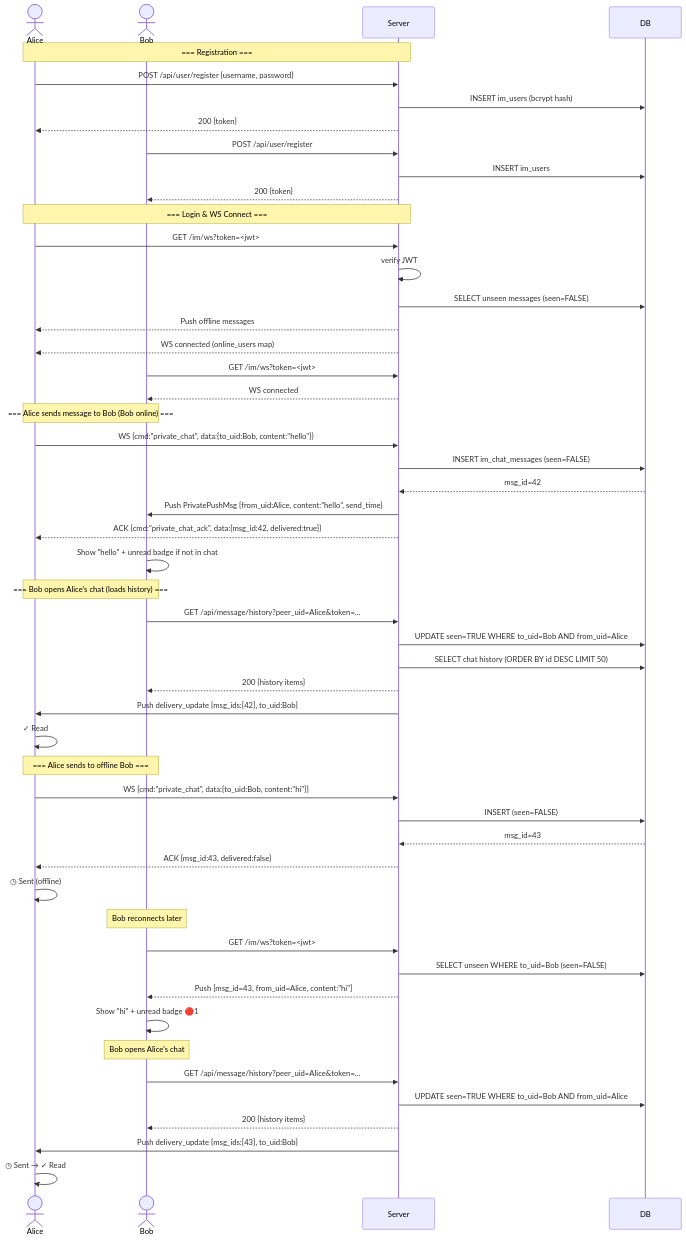
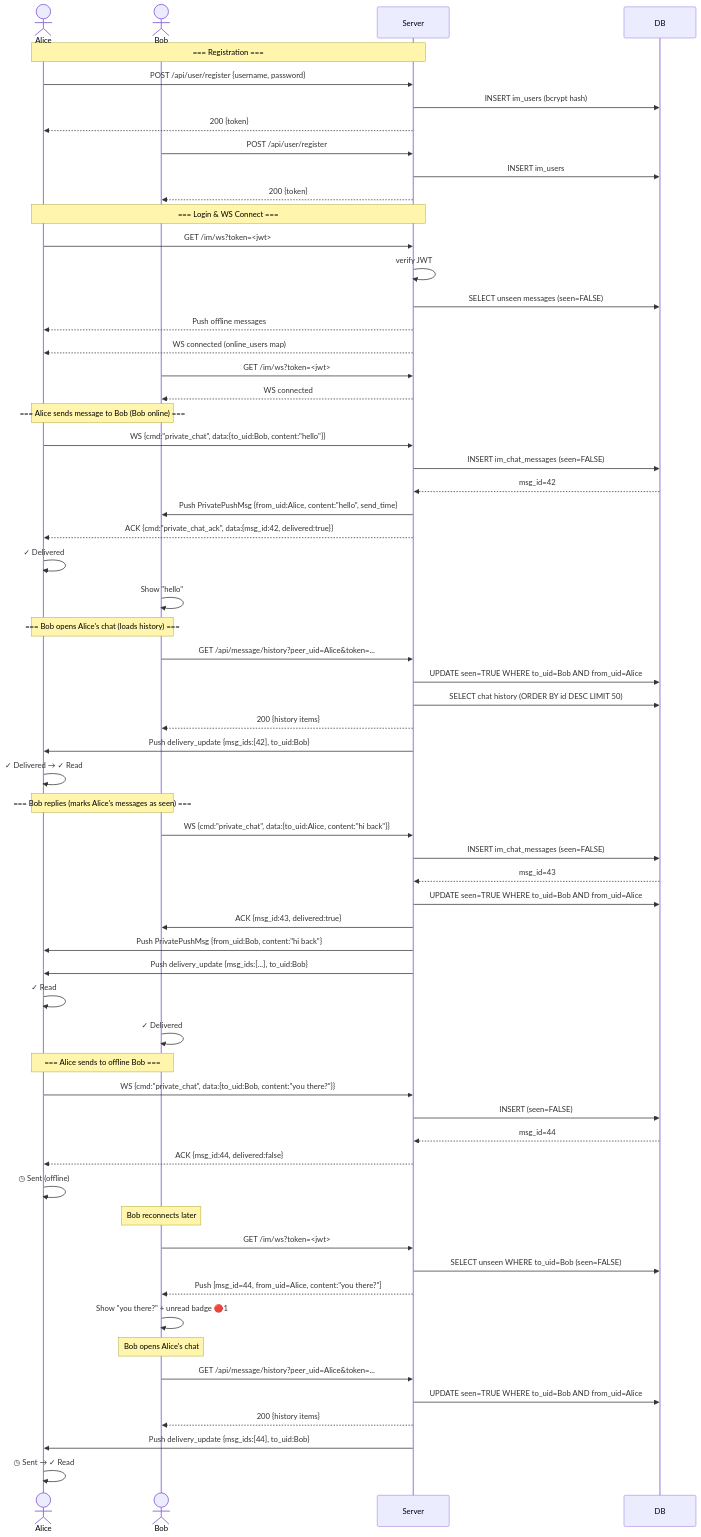
Before and after one commit to csmyx/myx-im: the third of 10 diagrams in doc/schema.md, drawn with Mermaid. The commit also changed other lines of this file, not shown here.

Commit message:
docs: update v2 flow diagram with reply-based seen-marking
- Add 'Bob replies' section showing that replying marks Alice's
  messages as seen and pushes delivery_update
- Update v2 description note to list both seen-marking paths
  (history fetch + reply)
- Show ✓ Delivered / ✓ Read status transitions on Alice's side

````diff
--- a/doc/schema.md
+++ b/doc/schema.md
@@ -140,62 +142,74 @@
 ```mermaid
 sequenceDiagram
     actor Alice
     actor Bob
     participant Server
     participant DB
 
     Note over Alice, Server: === Registration ===
     Alice->>Server: POST /api/user/register {username, password}
     Server->>DB: INSERT im_users (bcrypt hash)
     Server-->>Alice: 200 {token}
 
     Bob->>Server: POST /api/user/register
     Server->>DB: INSERT im_users
     Server-->>Bob: 200 {token}
 
     Note over Alice, Server: === Login & WS Connect ===
     Alice->>Server: GET /im/ws?token=<jwt>
     Server->>Server: verify JWT
     Server->>DB: SELECT unseen messages (seen=FALSE)
     Server-->>Alice: Push offline messages
     Server-->>Alice: WS connected (online_users map)
 
     Bob->>Server: GET /im/ws?token=<jwt>
     Server-->>Bob: WS connected
 
     Note over Alice, Bob: === Alice sends message to Bob (Bob online) ===
     Alice->>Server: WS {cmd:"private_chat", data:{to_uid:Bob, content:"hello"}}
     Server->>DB: INSERT im_chat_messages (seen=FALSE)
     DB-->>Server: msg_id=42
     Server->>Bob: Push PrivatePushMsg {from_uid:Alice, content:"hello", send_time}
     Server-->>Alice: ACK {cmd:"private_chat_ack", data:{msg_id:42, delivered:true}}
-    Bob->>Bob: Show "hello" + unread badge if not in chat
+    Alice->>Alice: ✓ Delivered
+    Bob->>Bob: Show "hello"
 
     Note over Alice, Bob: === Bob opens Alice's chat (loads history) ===
     Bob->>Server: GET /api/message/history?peer_uid=Alice&token=...
     Server->>DB: UPDATE seen=TRUE WHERE to_uid=Bob AND from_uid=Alice
     Server->>DB: SELECT chat history (ORDER BY id DESC LIMIT 50)
     Server-->>Bob: 200 {history items}
     Server->>Alice: Push delivery_update {msg_ids:[42], to_uid:Bob}
+    Alice->>Alice: ✓ Delivered → ✓ Read
+
+    Note over Alice, Bob: === Bob replies (marks Alice's messages as seen) ===
+    Bob->>Server: WS {cmd:"private_chat", data:{to_uid:Alice, content:"hi back"}}
+    Server->>DB: INSERT im_chat_messages (seen=FALSE)
+    DB-->>Server: msg_id=43
+    Server->>DB: UPDATE seen=TRUE WHERE to_uid=Bob AND from_uid=Alice
+    Server->>Bob: ACK {msg_id:43, delivered:true}
+    Server->>Alice: Push PrivatePushMsg {from_uid:Bob, content:"hi back"}
+    Server->>Alice: Push delivery_update {msg_ids:[...], to_uid:Bob}
     Alice->>Alice: ✓ Read
+    Bob->>Bob: ✓ Delivered
 
     Note over Alice, Bob: === Alice sends to offline Bob ===
-    Alice->>Server: WS {cmd:"private_chat", data:{to_uid:Bob, content:"hi"}}
+    Alice->>Server: WS {cmd:"private_chat", data:{to_uid:Bob, content:"you there?"}}
     Server->>DB: INSERT (seen=FALSE)
-    DB-->>Server: msg_id=43
-    Server-->>Alice: ACK {msg_id:43, delivered:false}
+    DB-->>Server: msg_id=44
+    Server-->>Alice: ACK {msg_id:44, delivered:false}
     Alice->>Alice: ◷ Sent (offline)
 
     Note over Bob: Bob reconnects later
     Bob->>Server: GET /im/ws?token=<jwt>
     Server->>DB: SELECT unseen WHERE to_uid=Bob (seen=FALSE)
-    Server-->>Bob: Push [msg_id=43, from_uid=Alice, content:"hi"]
-    Bob->>Bob: Show "hi" + unread badge 🔴1
+    Server-->>Bob: Push [msg_id=44, from_uid=Alice, content:"you there?"]
+    Bob->>Bob: Show "you there?" + unread badge 🔴1
 
     Note over Bob: Bob opens Alice's chat
     Bob->>Server: GET /api/message/history?peer_uid=Alice&token=...
     Server->>DB: UPDATE seen=TRUE WHERE to_uid=Bob AND from_uid=Alice
     Server-->>Bob: 200 {history items}
-    Server->>Alice: Push delivery_update {msg_ids:[43], to_uid:Bob}
+    Server->>Alice: Push delivery_update {msg_ids:[44], to_uid:Bob}
     Alice->>Alice: ◷ Sent → ✓ Read
 ```
````
